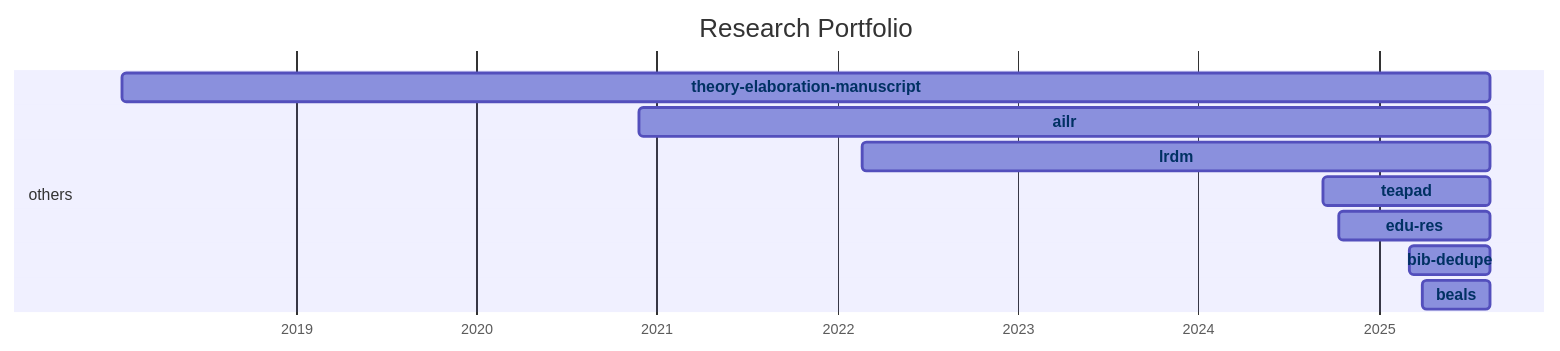
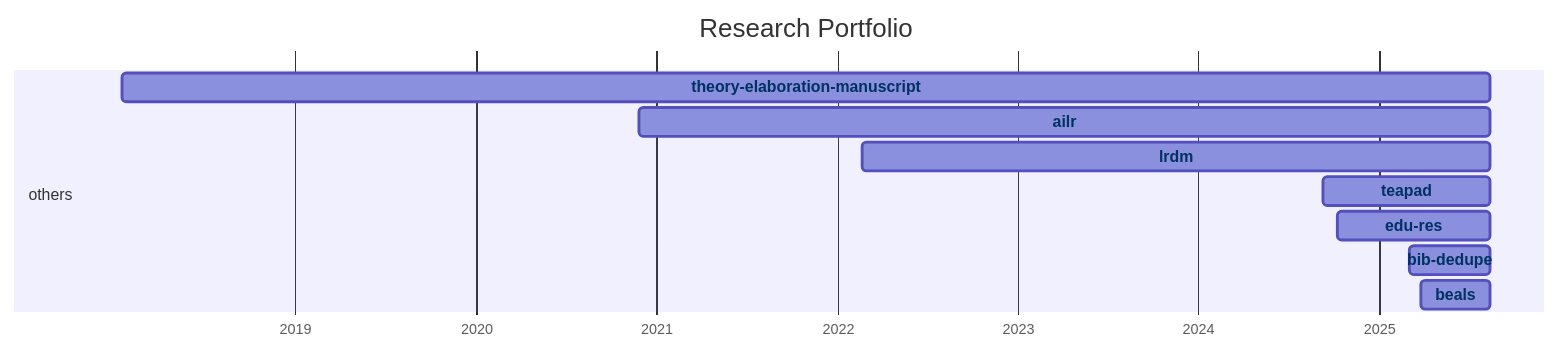
One commit to digital-work-lab/handbook changed the diagram in docs/20-research/25-projects-gantt.md. Above: the diagram before and after it, drawn with Mermaid.

Commit message:
Update repository overview

````diff
--- a/docs/20-research/25-projects-gantt.md
+++ b/docs/20-research/25-projects-gantt.md
@@ -8,33 +8,33 @@
 ```mermaid
 ---
 displayMode: compact
 ---
 gantt
 title Research Portfolio
 dateFormat YYYY-MM-DD
 axisFormat %Y
 
     section work_practices
 
     section distributed_organizing
 
     section knowledge_synthesis
 
     section others
-        beals :beals, 2025-03-28, 2025-08-13
-        bib-dedupe :bib-dedupe, 2025-03-04, 2025-08-13
-        edu-res :edu-res, 2024-10-10, 2025-08-13
-        teapad :teapad, 2024-09-10, 2025-08-13
-        lrdm :lrdm, 2022-02-20, 2025-08-13
-        ailr :ailr, 2020-11-26, 2025-08-13
-        theory-elaboration-manuscript :theory-elaboration-manuscript, 2018-01-15, 2025-08-13
+        beals :beals, 2025-03-28, 2025-08-14
+        bib-dedupe :bib-dedupe, 2025-03-04, 2025-08-14
+        edu-res :edu-res, 2024-10-10, 2025-08-14
+        teapad :teapad, 2024-09-10, 2025-08-14
+        lrdm :lrdm, 2022-02-20, 2025-08-14
+        ailr :ailr, 2020-11-26, 2025-08-14
+        theory-elaboration-manuscript :theory-elaboration-manuscript, 2018-01-15, 2025-08-14
 
 
     click beals href "{{ site.baseurl }}/docs/10-lab/18-resources/beals.html"
     click bib-dedupe href "{{ site.baseurl }}/docs/10-lab/18-resources/bib-dedupe.html"
     click edu-res href "{{ site.baseurl }}/docs/10-lab/18-resources/edu-res.html"
     click teapad href "{{ site.baseurl }}/docs/10-lab/18-resources/teapad.html"
     click lrdm href "{{ site.baseurl }}/docs/10-lab/18-resources/lrdm.html"
     click ailr href "{{ site.baseurl }}/docs/10-lab/18-resources/ailr.html"
     click theory-elaboration-manuscript href "{{ site.baseurl }}/docs/10-lab/18-resources/theory-elaboration-manuscript.html"
 ```
````
